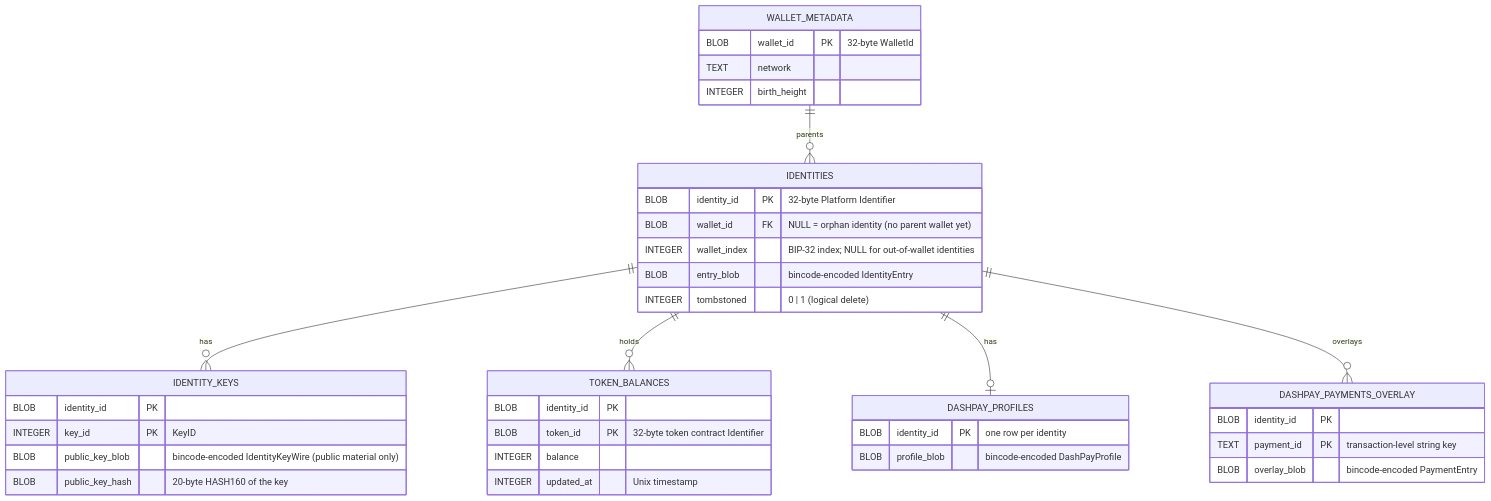
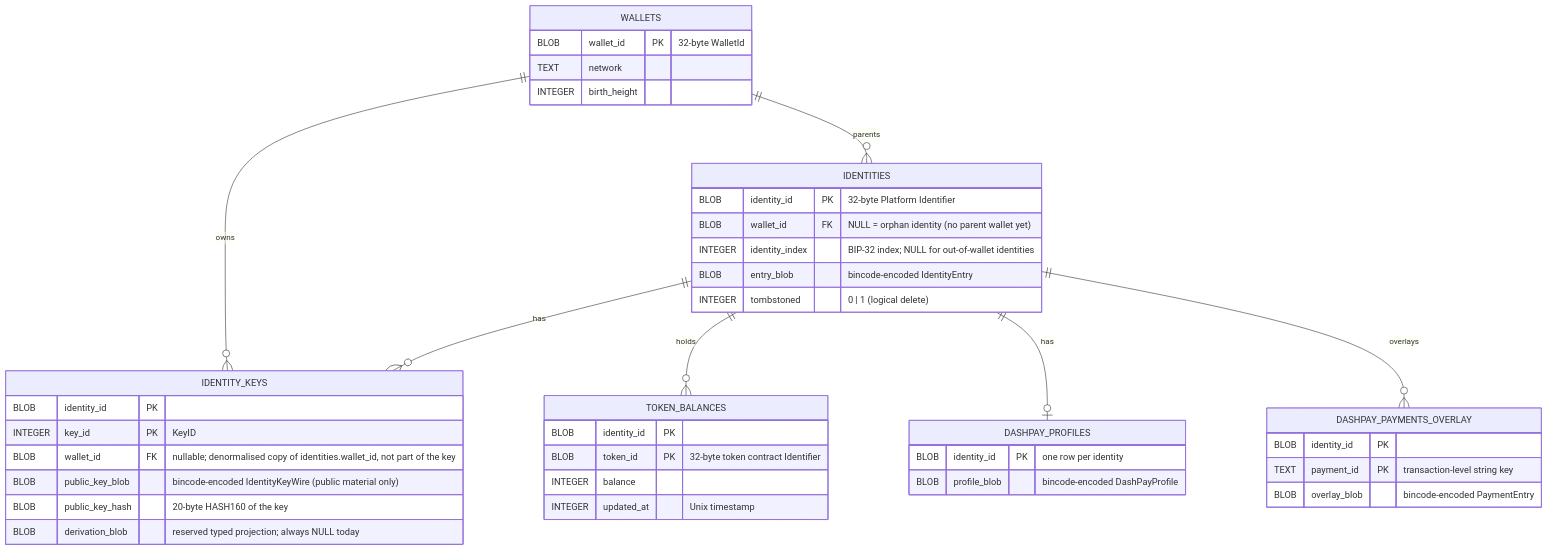
The second of 5 diagrams in packages/rs-platform-wallet-storage/SCHEMA.md (dashpay/platform), drawn with Mermaid before and after one commit. The commit also changed other lines of this file and 150 other files, not shown here.

````diff
--- a/packages/rs-platform-wallet-storage/SCHEMA.md
+++ b/packages/rs-platform-wallet-storage/SCHEMA.md
@@ -132,47 +111,50 @@
 ```mermaid
 erDiagram
-    WALLET_METADATA ||--o{ IDENTITIES : "parents"
+    WALLETS ||--o{ IDENTITIES : "parents"
+    WALLETS ||--o{ IDENTITY_KEYS : "owns"
     IDENTITIES ||--o{ IDENTITY_KEYS : "has"
     IDENTITIES ||--o{ TOKEN_BALANCES : "holds"
     IDENTITIES ||--o| DASHPAY_PROFILES : "has"
     IDENTITIES ||--o{ DASHPAY_PAYMENTS_OVERLAY : "overlays"
 
-    WALLET_METADATA {
+    WALLETS {
         BLOB wallet_id PK "32-byte WalletId"
         TEXT network
         INTEGER birth_height
     }
 
     IDENTITIES {
         BLOB identity_id PK "32-byte Platform Identifier"
         BLOB wallet_id FK "NULL = orphan identity (no parent wallet yet)"
-        INTEGER wallet_index "BIP-32 index; NULL for out-of-wallet identities"
+        INTEGER identity_index "BIP-32 index; NULL for out-of-wallet identities"
         BLOB entry_blob "bincode-encoded IdentityEntry"
         INTEGER tombstoned "0 | 1 (logical delete)"
     }
 
     IDENTITY_KEYS {
         BLOB identity_id PK
         INTEGER key_id PK "KeyID"
+        BLOB wallet_id FK "nullable; denormalised copy of identities.wallet_id, not part of the key"
         BLOB public_key_blob "bincode-encoded IdentityKeyWire (public material only)"
         BLOB public_key_hash "20-byte HASH160 of the key"
+        BLOB derivation_blob "reserved typed projection; always NULL today"
     }
 
     TOKEN_BALANCES {
         BLOB identity_id PK
         BLOB token_id PK "32-byte token contract Identifier"
         INTEGER balance
         INTEGER updated_at "Unix timestamp"
     }
 
     DASHPAY_PROFILES {
         BLOB identity_id PK "one row per identity"
         BLOB profile_blob "bincode-encoded DashPayProfile"
     }
 
     DASHPAY_PAYMENTS_OVERLAY {
         BLOB identity_id PK
         TEXT payment_id PK "transaction-level string key"
         BLOB overlay_blob "bincode-encoded PaymentEntry"
     }
 ```
````
